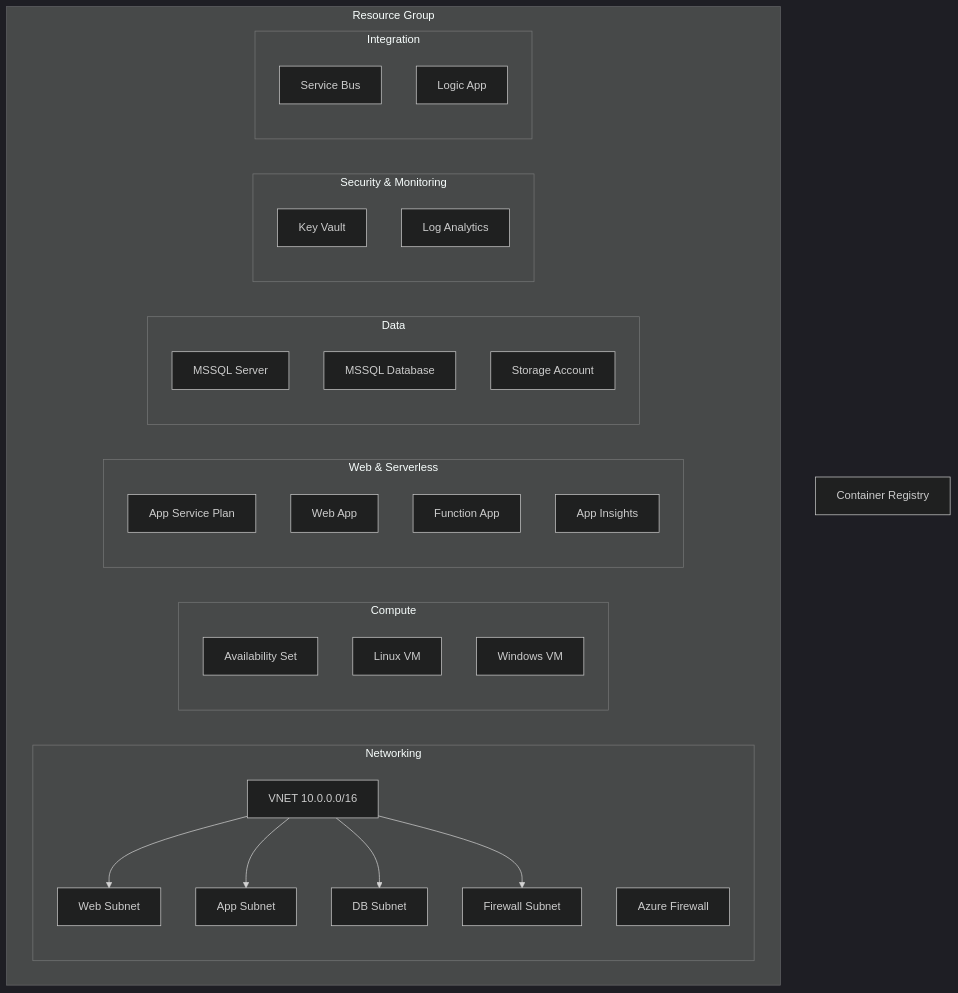
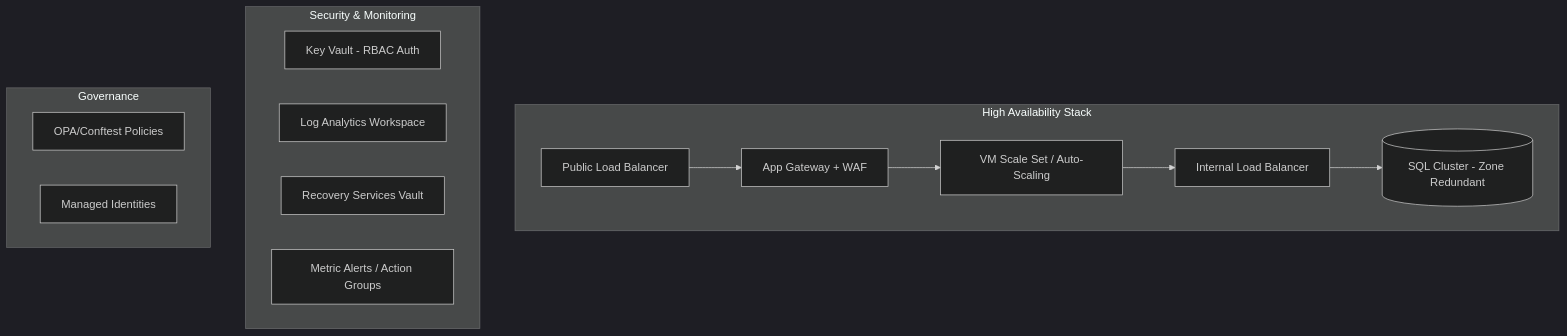
Before and after one commit to shreyansh-sawarn/tf-azure: the diagram in README.md, drawn with Mermaid (dark theme). The commit also changed other lines of this file and 1 other file, not shown here.

````diff
--- a/README.md
+++ b/README.md
@@ -18,38 +36,21 @@
 ```mermaid
 graph TB
-    subgraph "Resource Group"
-        subgraph "Networking"
-            VNET[VNET 10.0.0.0/16]
-            FW[Azure Firewall]
-            VNET --> WebSub[Web Subnet]
-            VNET --> AppSub[App Subnet]
-            VNET --> DbSub[DB Subnet]
-            VNET --> FWSub[Firewall Subnet]
-        end
-        subgraph "Compute"
-            AS[Availability Set]
-            LVM[Linux VM]
-            WVM[Windows VM]
-        end
-        subgraph "Web & Serverless"
-            ASP[App Service Plan]
-            WA[Web App]
-            FA[Function App]
-            AI[App Insights]
-        end
-        subgraph "Data"
-            SQL[MSSQL Server]
-            DB[MSSQL Database]
-            SA[Storage Account]
-        end
-        subgraph "Security & Monitoring"
-            KV[Key Vault]
-            LAW[Log Analytics]
-        end
-        subgraph "Integration"
-            SB[Service Bus]
-            LA[Logic App]
-        end
+    subgraph "High Availability Stack"
+        LB[Public Load Balancer] --> AGW[App Gateway + WAF]
+        AGW --> VMSS[VM Scale Set / Auto-Scaling]
+        VMSS --> ILB[Internal Load Balancer]
+        ILB --> SQL[(SQL Cluster - Zone Redundant)]
     end
-    ACR[Container Registry]
+    
+    subgraph "Security & Monitoring"
+        KV[Key Vault - RBAC Auth]
+        LAW[Log Analytics Workspace]
+        RSV[Recovery Services Vault]
+        Alerts[Metric Alerts / Action Groups]
+    end
+
+    subgraph "Governance"
+        OPA[OPA/Conftest Policies]
+        ID[Managed Identities]
+    end
 ```
````
